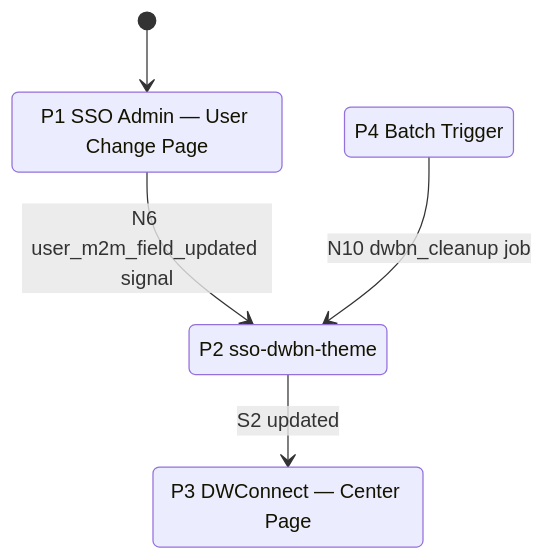
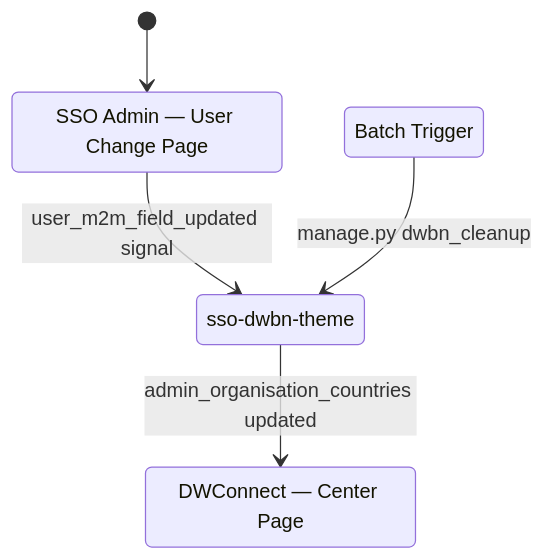
Before and after one commit to nosakhare/shaping-skills: the first of 4 diagrams in breadboarding/EXAMPLES.md, drawn with Mermaid. The commit also changed other lines of this file and 4 other files, not shown here.

````diff
--- a/breadboarding/EXAMPLES.md
+++ b/breadboarding/EXAMPLES.md
@@ -76,12 +76,12 @@
 ```mermaid
 stateDiagram-v2
-    [*] --> P1
-    P1: P1 SSO Admin — User Change Page
-    P2: P2 sso-dwbn-theme
-    P3: P3 DWConnect — Center Page
-    P4: P4 Batch Trigger
+    [*] --> SSOAdmin
+    SSOAdmin: SSO Admin — User Change Page
+    SsoDwbnTheme: sso-dwbn-theme
+    DWConnect: DWConnect — Center Page
+    BatchTrigger: Batch Trigger
 
-    P1 --> P2 : N6 user_m2m_field_updated signal
-    P4 --> P2 : N10 dwbn_cleanup job
-    P2 --> P3 : S2 updated
+    SSOAdmin --> SsoDwbnTheme : user_m2m_field_updated signal
+    BatchTrigger --> SsoDwbnTheme : manage.py dwbn_cleanup
+    SsoDwbnTheme --> DWConnect : admin_organisation_countries updated
 ```
````
